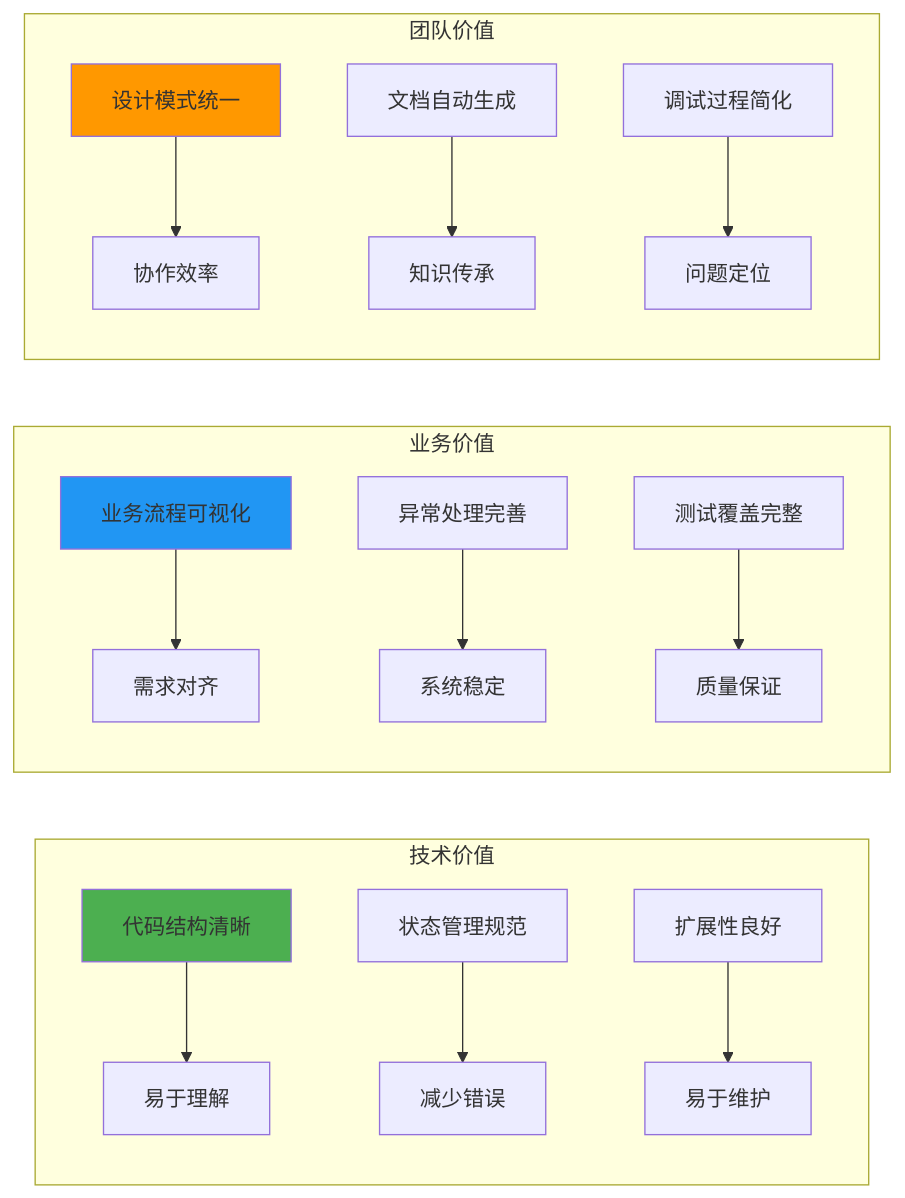
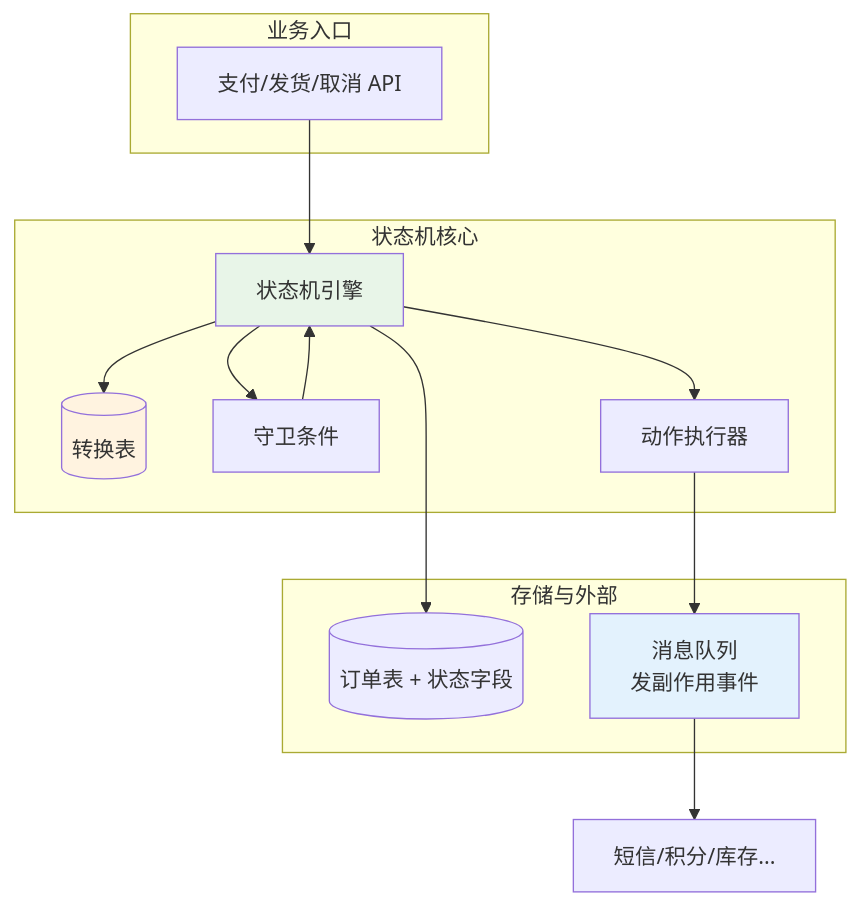
Diagram 12 of 18 in 00.通用技术的提升/07.方案设计思想/6.研发的效能/28.状态机设计的思想.md (chongyang211/YCBookBlog), drawn with Mermaid before and after one commit. The commit also changed other lines of this file and 5 other files, not shown here.

````diff
--- a/00.通用技术的提升/07.方案设计思想/6.研发的效能/28.状态机设计的思想.md
+++ b/00.通用技术的提升/07.方案设计思想/6.研发的效能/28.状态机设计的思想.md
@@ -1170,24 +559,31 @@
 ```mermaid
-graph LR
-    subgraph "技术价值"
-        A[代码结构清晰] --> A1[易于理解]
-        B[状态管理规范] --> B1[减少错误]
-        C[扩展性良好] --> C1[易于维护]
+graph TB
+    subgraph "业务入口"
+        API[支付/发货/取消 API]
     end
     
-    subgraph "业务价值"
-        D[业务流程可视化] --> D1[需求对齐]
-        E[异常处理完善] --> E1[系统稳定]
-        F[测试覆盖完整] --> F1[质量保证]
+    subgraph "状态机核心"
+        Engine[状态机引擎]
+        Table[(转换表)]
+        Guard[守卫条件]
+        Action[动作执行器]
     end
     
-    subgraph "团队价值"
-        G[设计模式统一] --> G1[协作效率]
-        H[文档自动生成] --> H1[知识传承]
-        I[调试过程简化] --> I1[问题定位]
+    subgraph "存储与外部"
+        DB[(订单表 + 状态字段)]
+        MQ[消息队列<br/>发副作用事件]
     end
     
-    style A fill:#4caf50
-    style D fill:#2196f3
-    style G fill:#ff9800
+    API --> Engine
+    Engine --> Table
+    Engine --> Guard
+    Guard --> Engine
+    Engine --> DB
+    Engine --> Action
+    Action --> MQ
+    MQ --> SMS[短信/积分/库存...]
+    
+    style Engine fill:#e8f5e8
+    style Table fill:#fff3e0
+    style MQ fill:#e3f2fd
 ```
````
